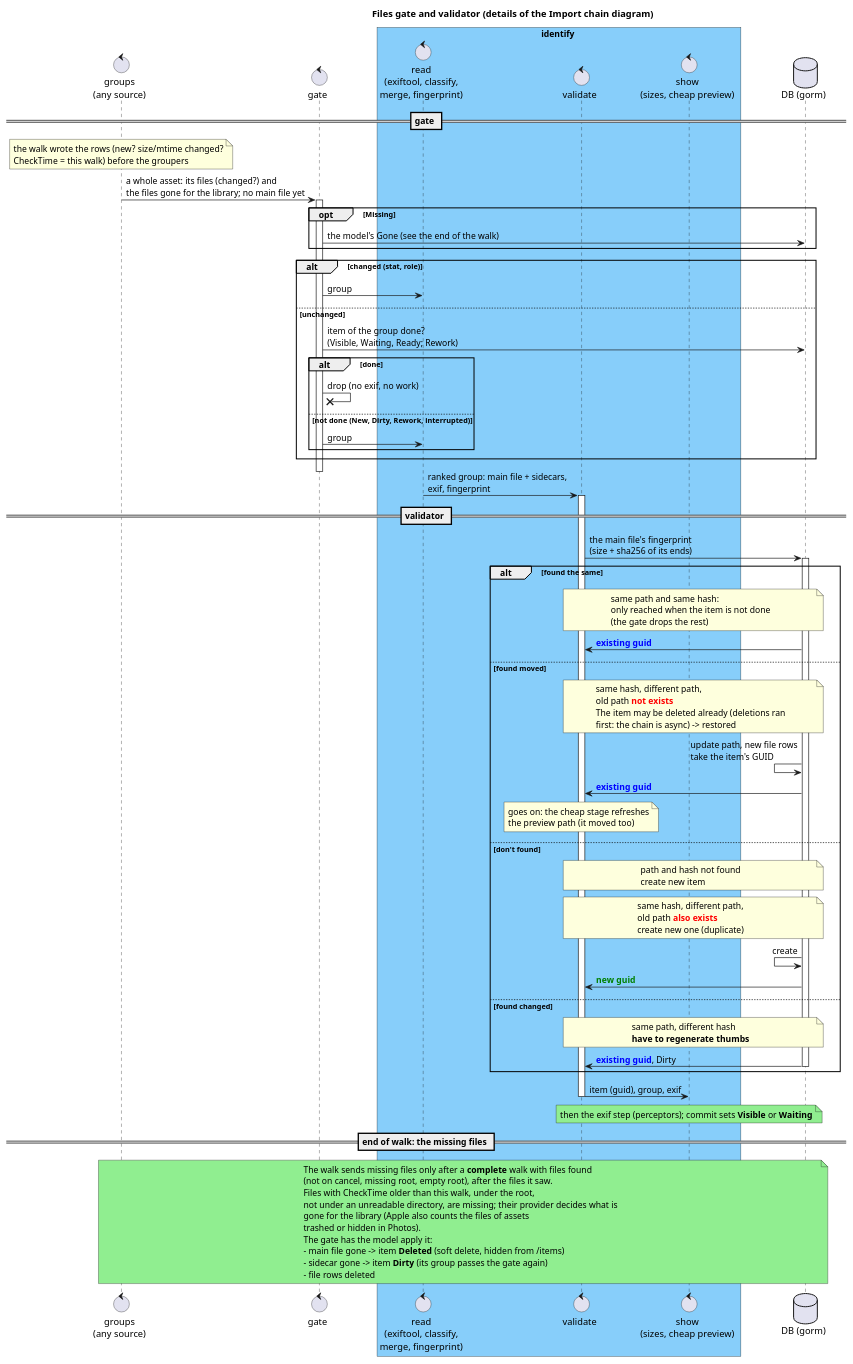
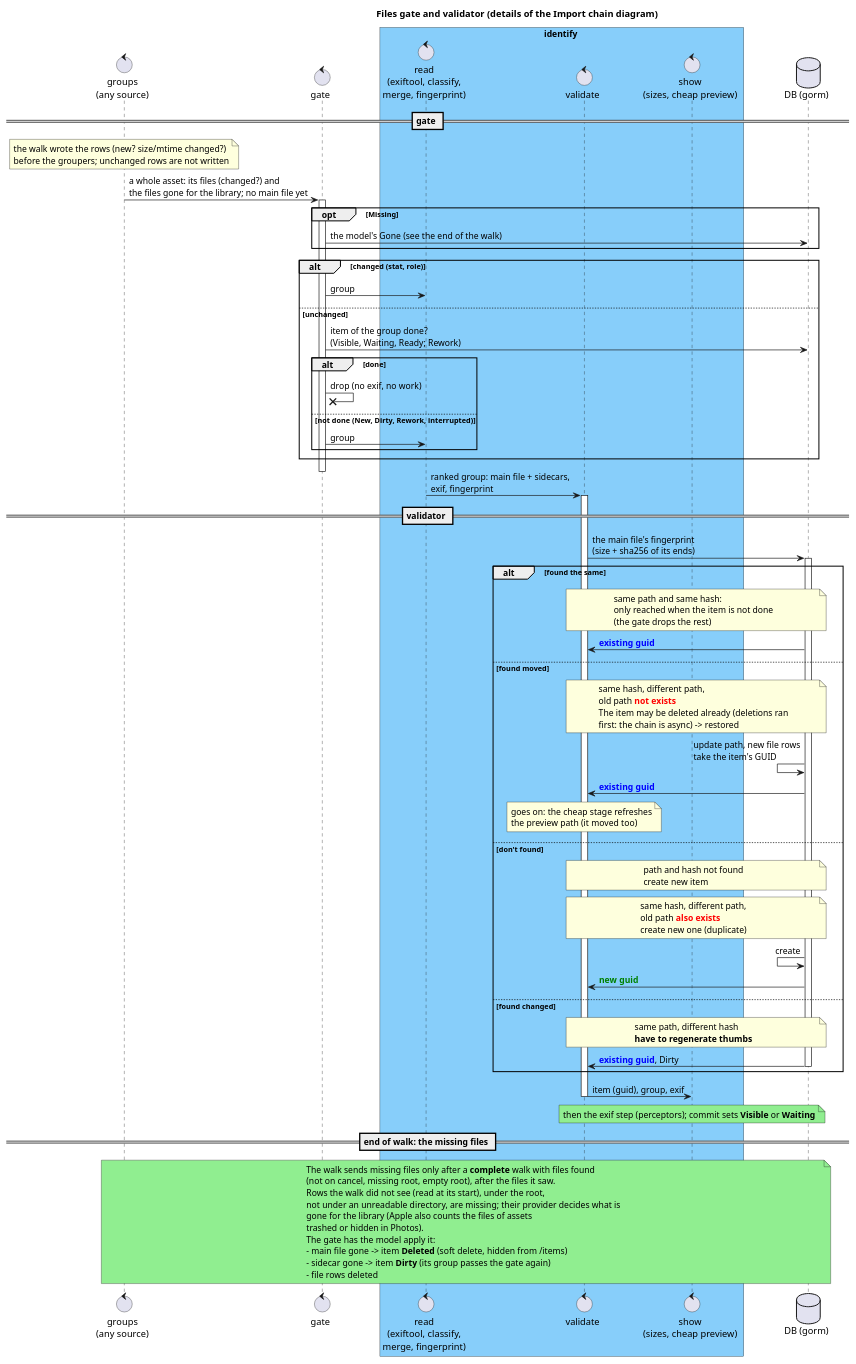
Before and after one commit to eggs-gd/Perceptrail: the diagram in _sb/puml/Walker.puml, drawn with PlantUML. The commit also changed 10 other files, not shown here.

First line of the commit message:
The walk in batches: one read of the files table, no write for an unchanged file

```diff
--- a/_sb/puml/Walker.puml
+++ b/_sb/puml/Walker.puml
@@ -1,104 +1,104 @@
 @startuml Walker and validating
 
 !pragma teoz true
 
 title Files gate and validator (details of the Import chain diagram)
 
 control "groups\n(any source)" as Groups
 control "gate" as Gate
 box identify #LightSkyBlue
 control "read\n(exiftool, classify,\nmerge, fingerprint)" as Exif
 control "validate" as Validator
 control "show\n(sizes, cheap preview)" as Transcode
 end box
 database "DB (gorm)" as DB
 
 == gate ==
 
-note over Groups: the walk wrote the rows (new? size/mtime changed?\nCheckTime = this walk) before the groupers
+note over Groups: the walk wrote the rows (new? size/mtime changed?)\nbefore the groupers; unchanged rows are not written
 Groups -> Gate: a whole asset: its files (changed?) and\nthe files gone for the library; no main file yet
 activate Gate
 opt Missing
     Gate -> DB: the model's Gone (see the end of the walk)
 end
 alt changed (stat, role)
     Gate -> Exif: group
 else unchanged
     Gate -> DB: item of the group done?\n(Visible, Waiting, Ready; Rework)
     alt done
         Gate ->x Gate: drop (no exif, no work)
     else not done (New, Dirty, Rework, interrupted)
         Gate -> Exif: group
     end
 end
 deactivate Gate
 
 Exif -> Validator: ranked group: main file + sidecars,\nexif, fingerprint
 activate Validator
 
 == validator ==
 
 Validator -> DB: the main file's fingerprint\n(size + sha256 of its ends)
 activate DB
 
 alt found the same
     note over Validator, DB
     same path and same hash:
     only reached when the item is not done
     (the gate drops the rest)
     end note
     DB -> Validator: <font color=blue><b>existing guid
 
 else found moved
     note over Validator, DB
     same hash, different path,
     old path <b><font color=red>not exists
     The item may be deleted already (deletions ran
     first: the chain is async) -> restored
     end note
     DB <- DB: update path, new file rows\ntake the item's GUID
     DB -> Validator: <font color=blue><b>existing guid
     note over Validator: goes on: the cheap stage refreshes\nthe preview path (it moved too)
 
 else don't found
     note over Validator, DB
     path and hash not found
     create new item
     end note
     note over Validator, DB
     same hash, different path,
     old path <b><font color=red>also exists
     create new one (duplicate)
     end note
     DB <- DB: create
     DB -> Validator: <font color=green><b>new guid
 
 else found changed
     note over Validator, DB
     same path, different hash
     <b>have to regenerate thumbs
     end note
     DB -> Validator: <font color=blue><b>existing guid</b></font>, Dirty
     deactivate DB
 end
 
 Validator -> Transcode: item (guid), group, exif
 deactivate Validator
 note over Transcode #LightGreen: then the exif step (perceptors); commit sets <b>Visible</b> or <b>Waiting</b>
 
 == end of walk: the missing files ==
 
 note over Groups, DB #LightGreen
 The walk sends missing files only after a <b>complete</b> walk with files found
 (not on cancel, missing root, empty root), after the files it saw.
-Files with CheckTime older than this walk, under the root,
+Rows the walk did not see (read at its start), under the root,
 not under an unreadable directory, are missing; their provider decides what is
 gone for the library (Apple also counts the files of assets
 trashed or hidden in Photos).
 The gate has the model apply it:
 - main file gone -> item <b>Deleted</b> (soft delete, hidden from /items)
 - sidecar gone -> item <b>Dirty</b> (its group passes the gate again)
 - file rows deleted
 end note
 
 @enduml
```
